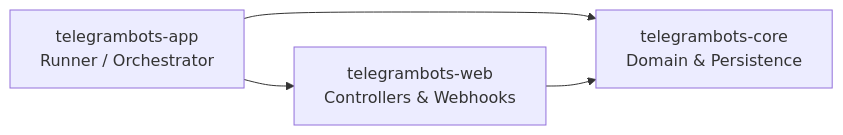
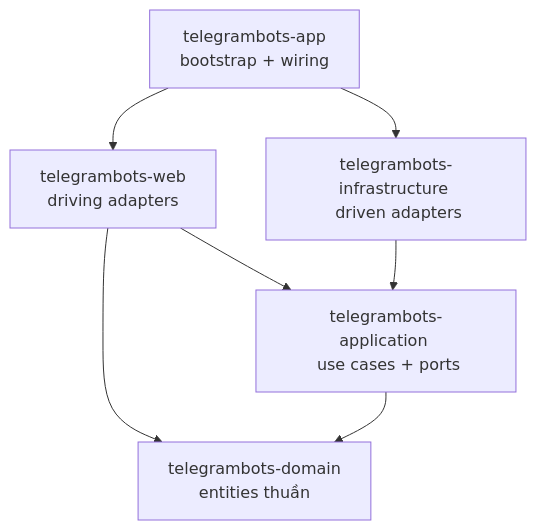
One commit to ldqanh1408/telegramsixsixsix changed the diagram in docs/architecture/project-imports.md. Above: the diagram before and after it, drawn with Mermaid. The commit also changed other lines of this file and 201 other files, not shown here.

````diff
--- a/docs/architecture/project-imports.md
+++ b/docs/architecture/project-imports.md
@@ -30,10 +23,15 @@
 ```mermaid
-graph LR
-    app[telegrambots-app <br> Runner / Orchestrator]
-    web[telegrambots-web <br> Controllers & Webhooks]
-    core[telegrambots-core <br> Domain & Persistence]
+graph TD
+    app[telegrambots-app <br> bootstrap + wiring]
+    web[telegrambots-web <br> driving adapters]
+    infra[telegrambots-infrastructure <br> driven adapters]
+    application[telegrambots-application <br> use cases + ports]
+    domain[telegrambots-domain <br> entities thuần]
 
     app --> web
-    app --> core
-    web --> core
+    app --> infra
+    web --> application
+    web --> domain
+    infra --> application
+    application --> domain
 ```
````
